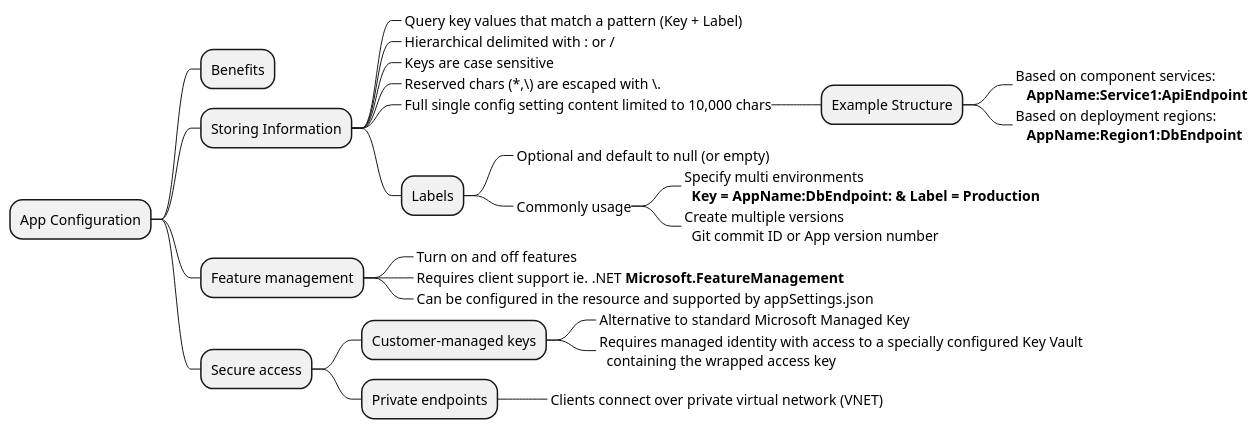
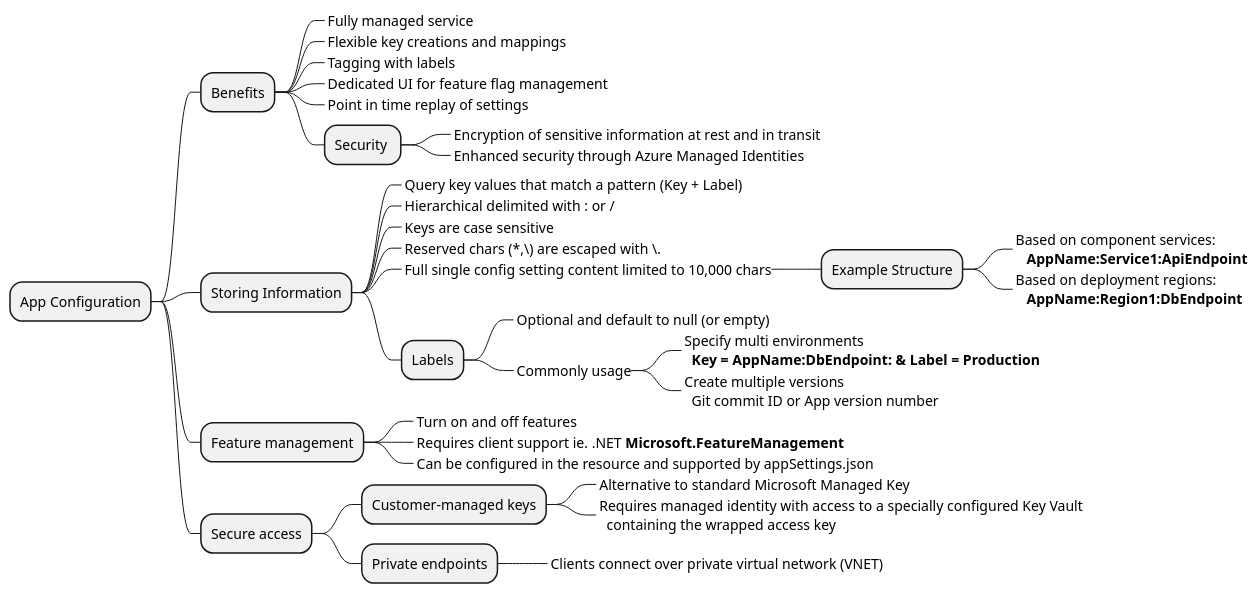
The diagram in 05 - secure-solutions/diagrams/security-app-configuration.plantuml (bobbyache/AZ-204), drawn with PlantUML before and after one commit. The commit also changed 101 other files, not shown here.

```diff
--- a/05 - secure-solutions/diagrams/security-app-configuration.plantuml
+++ b/05 - secure-solutions/diagrams/security-app-configuration.plantuml
@@ -1,32 +1,40 @@
 @startmindmap "Azure App Configuration"
 + App Configuration
 
 ++ Benefits
++++_ Fully managed service
++++_ Flexible key creations and mappings
++++_ Tagging with labels
++++_ Dedicated UI for feature flag management
++++_ Point in time replay of settings
++++ Security 
+++++_ Encryption of sensitive information at rest and in transit
+++++_ Enhanced security through Azure Managed Identities
 ++ Storing Information
 +++_ Query key values that match a pattern (Key + Label)
 +++_ Hierarchical delimited with : or /
 +++_ Keys are case sensitive
 +++_ Reserved chars (*,\) are escaped with \.
 +++_ Full single config setting content limited to 10,000 chars
 ++++ Example Structure
 +++++_ Based on component services:\n   **AppName:Service1:ApiEndpoint**
 +++++_ Based on deployment regions:\n   **AppName:Region1:DbEndpoint**
 +++ Labels
 ++++_ Optional and default to null (or empty)
 ++++_ Commonly usage
 +++++_ Specify multi environments\n  **Key = AppName:DbEndpoint: & Label = Production**
 +++++_ Create multiple versions\n  Git commit ID or App version number
 
 ++ Feature management
 +++_ Turn on and off features
 +++_ Requires client support ie. .NET **Microsoft.FeatureManagement**
 +++_ Can be configured in the resource and supported by appSettings.json
 
 ++ Secure access
 +++ Customer-managed keys
 ++++_ Alternative to standard Microsoft Managed Key
 ++++_ Requires managed identity with access to a specially configured Key Vault\n  containing the wrapped access key
 +++ Private endpoints
 ++++_ Clients connect over private virtual network (VNET)
 
 @endmindmap
```
